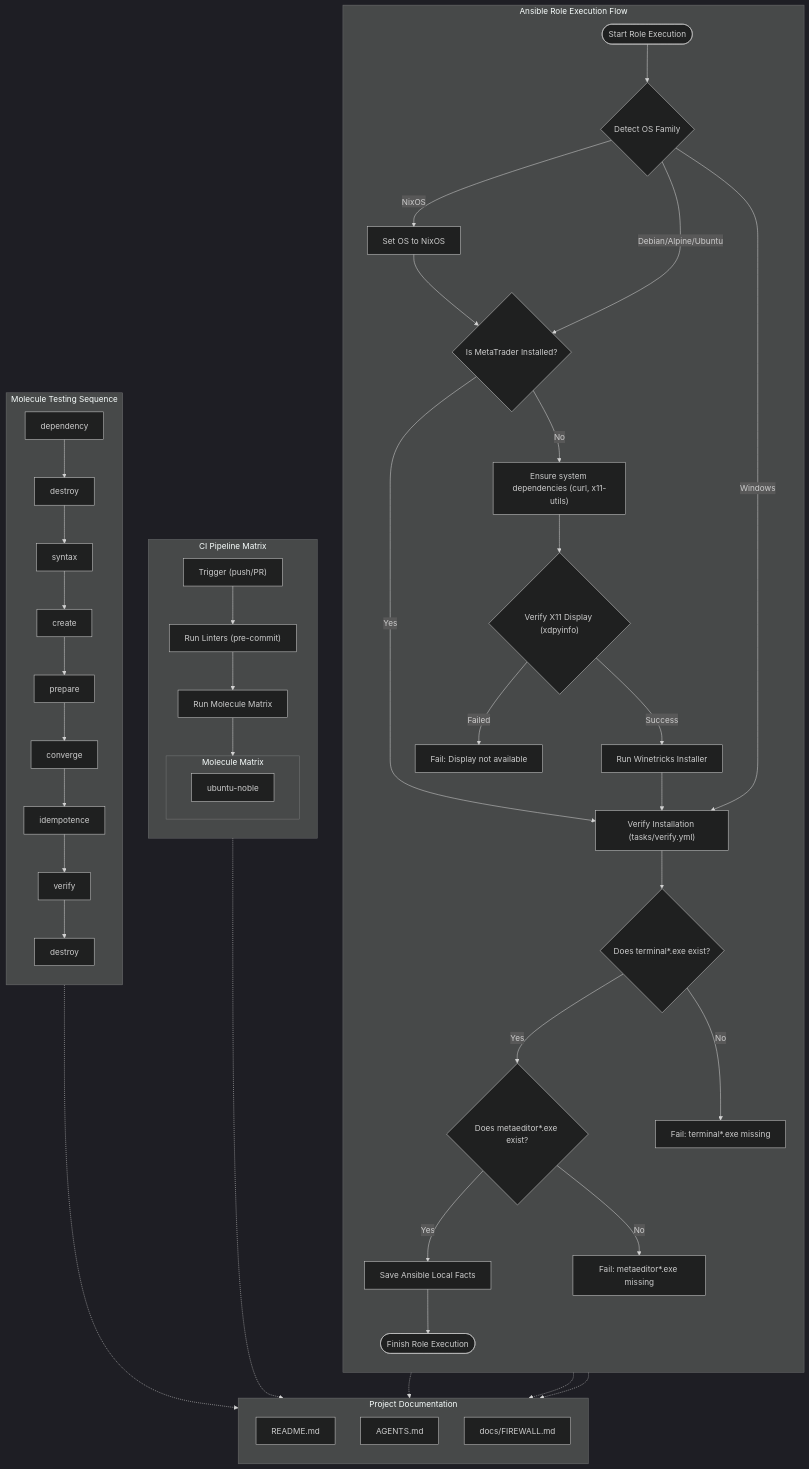
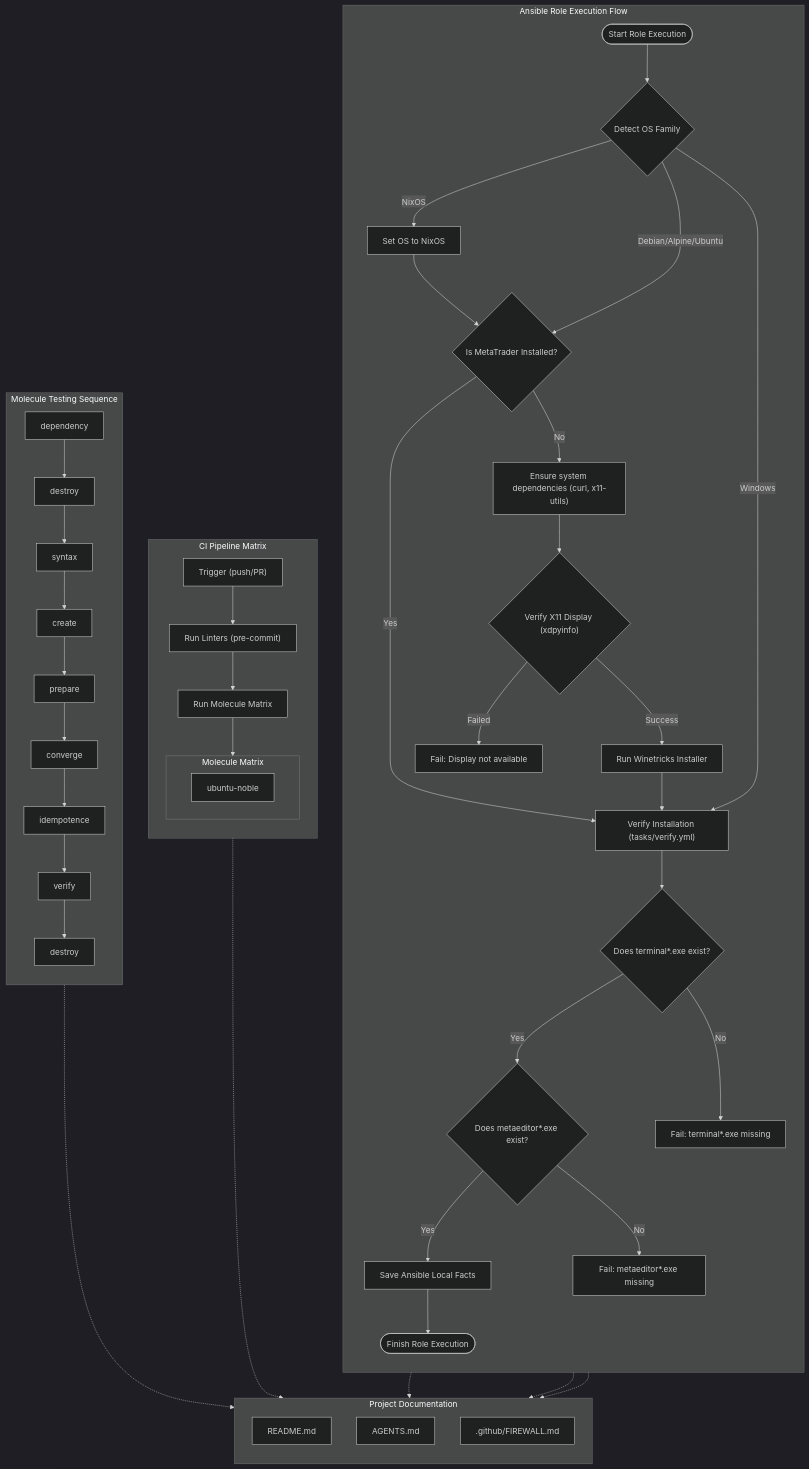
One commit to EA31337/ansible-role-metatrader changed the diagram in docs/FLOWS.mmd. Above: the diagram before and after it, drawn with Mermaid (dark theme). The commit also changed 4 other files, not shown here.

```diff
--- a/docs/FLOWS.mmd
+++ b/docs/FLOWS.mmd
@@ -1,72 +1,72 @@
 %% docs/FLOWS.mmd
 flowchart TD
     subgraph Documentation [Project Documentation]
         direction TB
         R_README[README.md]
         R_AGENTS[AGENTS.md]
-        R_FIREWALL[docs/FIREWALL.md]
+        R_FIREWALL[.github/FIREWALL.md]
     end
 
     click R_README "https://github.com/EA31337/ansible-role-metatrader/blob/master/README.md"
     click R_AGENTS "https://github.com/EA31337/ansible-role-metatrader/blob/master/AGENTS.md"
-    click R_FIREWALL "https://github.com/EA31337/ansible-role-metatrader/blob/master/docs/FIREWALL.md"
+    click R_FIREWALL "https://github.com/EA31337/ansible-role-metatrader/blob/master/.github/FIREWALL.md"
 
     subgraph Ansible_Role_Execution [Ansible Role Execution Flow]
         direction TB
         A([Start Role Execution]) --> B{"Detect OS Family"}
 
         B -->|NixOS| C["Set OS to NixOS"]
         B -->|Debian/Alpine/Ubuntu| D{"Is MetaTrader Installed?"}
         B -->|Windows| H["Verify Installation (tasks/verify.yml)"]
 
         C --> D
 
         D -->|Yes| H
         D -->|No| E["Ensure system dependencies (curl, x11-utils)"]
         E --> F{"Verify X11 Display (xdpyinfo)"}
 
         F -->|Failed| F_ERR["Fail: Display not available"]
         F -->|Success| G["Run Winetricks Installer"]
 
         G --> H["Verify Installation (tasks/verify.yml)"]
 
         H --> I{"Does terminal*.exe exist?"}
         I -->|Yes| J{"Does metaeditor*.exe exist?"}
         I -->|No| I_ERR["Fail: terminal*.exe missing"]
 
         J -->|Yes| K["Save Ansible Local Facts"]
         J -->|No| J_ERR["Fail: metaeditor*.exe missing"]
 
         K --> L([Finish Role Execution])
 
         A -.-> R_README
         A -.-> R_AGENTS
         F_ERR -.-> R_FIREWALL
     end
 
     subgraph CI_Pipeline [CI Pipeline Matrix]
         direction TB
         CI1["Trigger (push/PR)"] --> CI2["Run Linters (pre-commit)"]
         CI2 --> CI3["Run Molecule Matrix"]
         subgraph Molecule_Matrix [Molecule Matrix]
             direction LR
             CI4["ubuntu-noble"]
         end
         CI3 --> Molecule_Matrix
 
         CI1 -.-> R_README
     end
 
     subgraph Molecule_Testing_Flow [Molecule Testing Sequence]
         direction TB
         M1["dependency"] --> M2["destroy"]
         M2 --> M3["syntax"]
         M3 --> M4["create"]
         M4 --> M5["prepare"]
         M5 --> M6["converge"]
         M6 --> M7["idempotence"]
         M7 --> M8["verify"]
         M8 --> M9["destroy"]
 
         M1 -.-> R_README
     end
```
